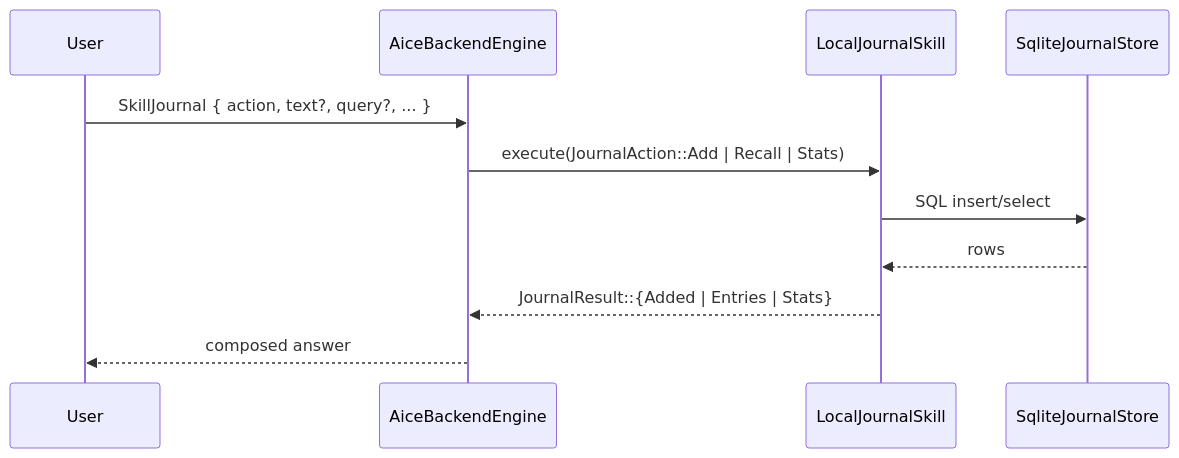
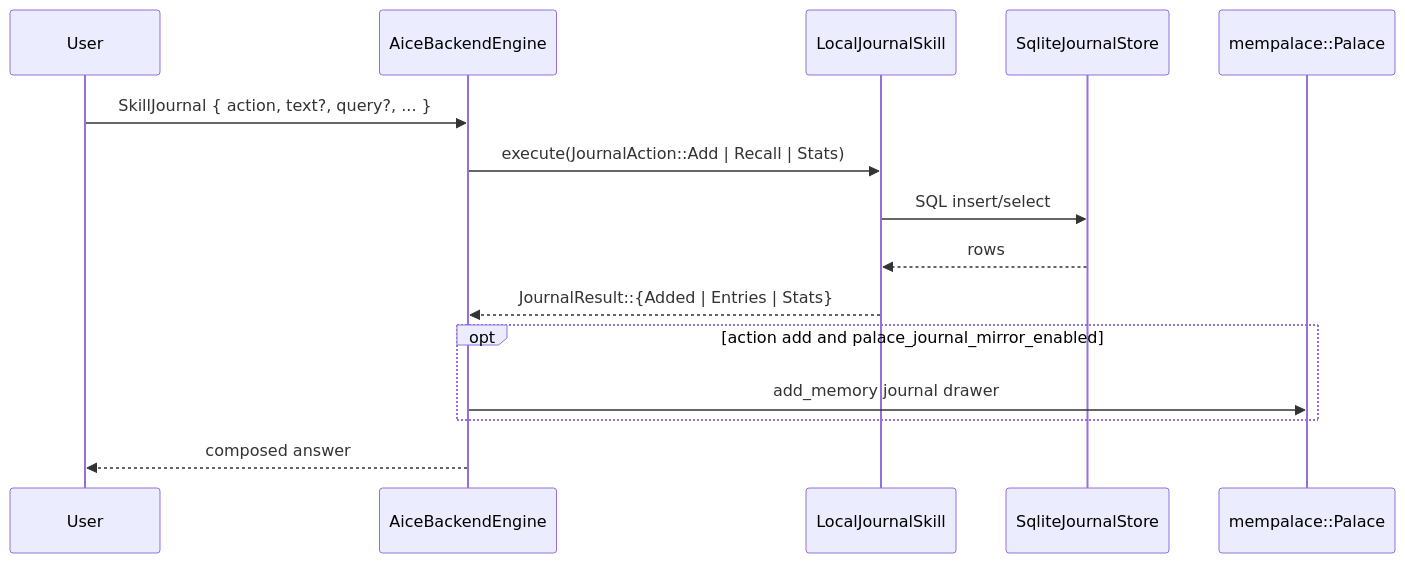
The diagram in docs/skills/journal.md (AncientiCe/aice), drawn with Mermaid before and after one commit. The commit also changed other lines of this file and 8 other files, not shown here.

````diff
--- a/docs/skills/journal.md
+++ b/docs/skills/journal.md
@@ -9,13 +9,17 @@
 ```mermaid
 sequenceDiagram
     participant User
     participant Backend as AiceBackendEngine
     participant Skill as LocalJournalSkill
     participant DB as SqliteJournalStore
+    participant Palace as mempalace::Palace
     User->>Backend: SkillJournal { action, text?, query?, ... }
     Backend->>Skill: execute(JournalAction::Add | Recall | Stats)
     Skill->>DB: SQL insert/select
     DB-->>Skill: rows
     Skill-->>Backend: JournalResult::{Added | Entries | Stats}
+    opt action add and palace_journal_mirror_enabled
+        Backend->>Palace: add_memory journal drawer
+    end
     Backend-->>User: composed answer
 ```
````
